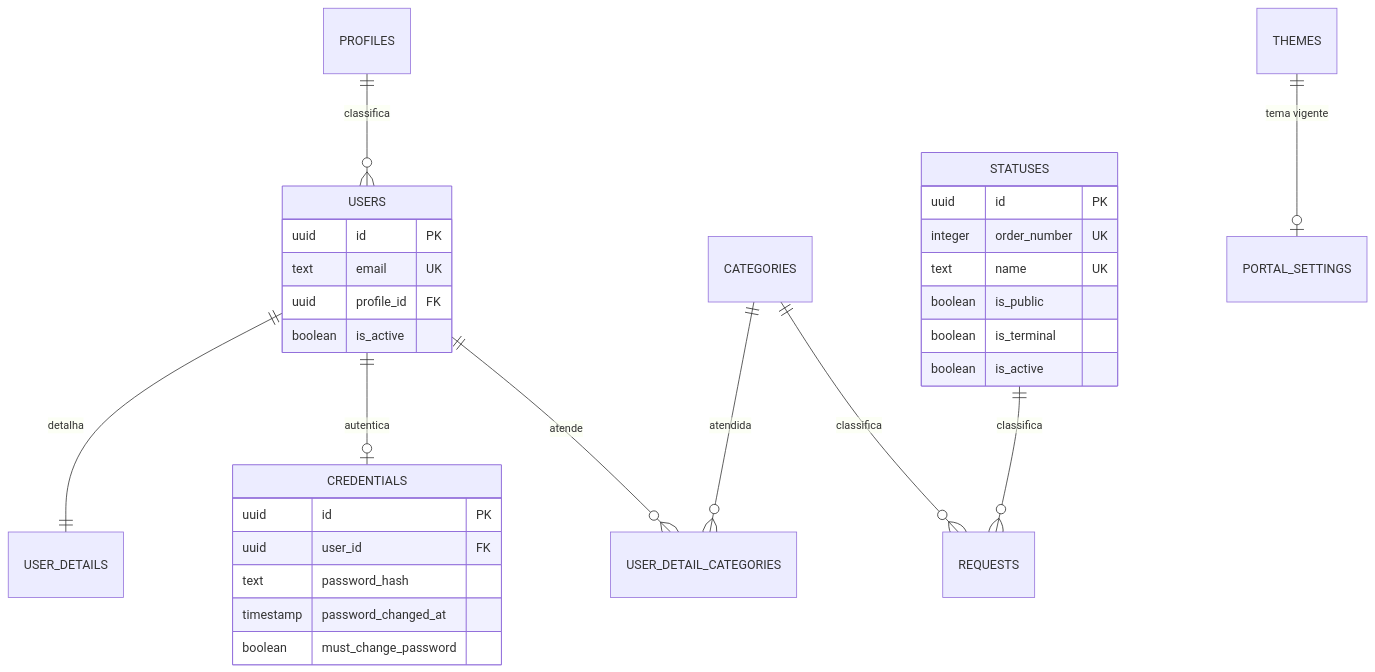
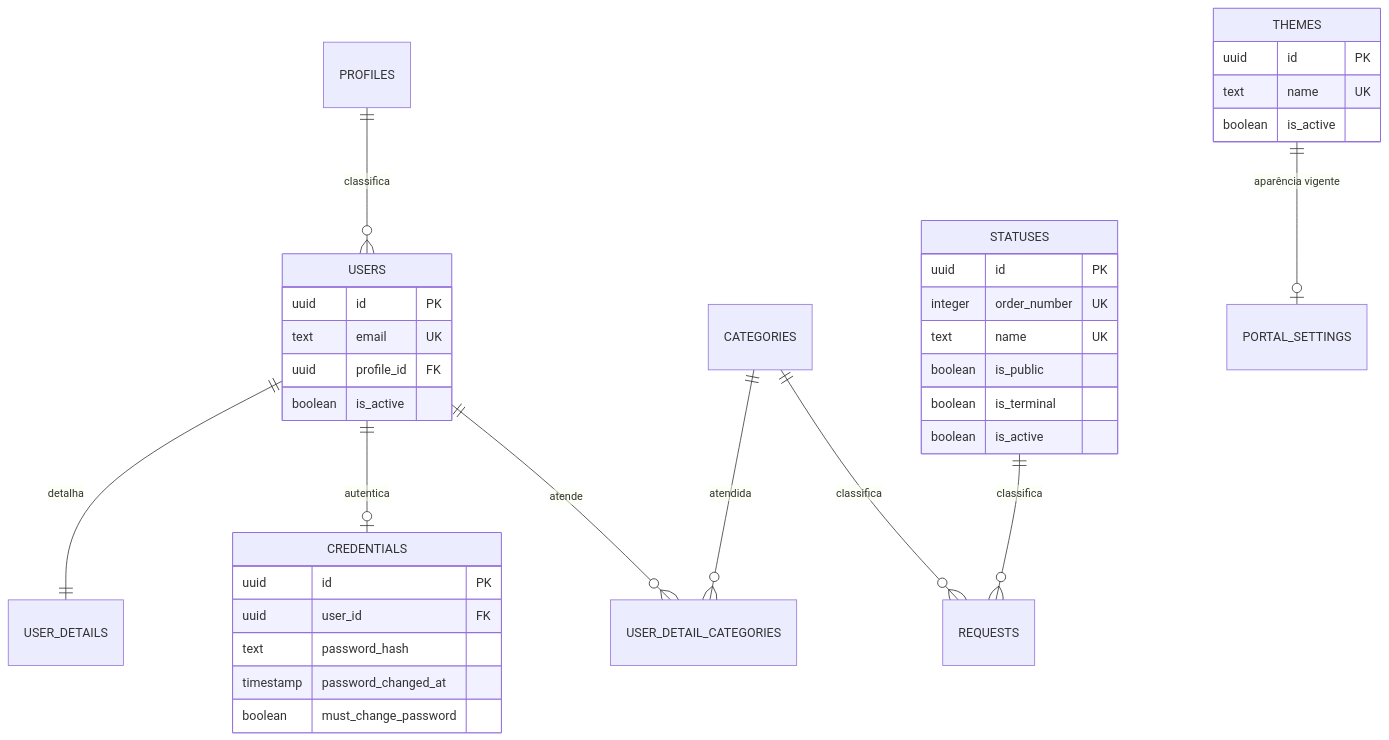
The second of 3 diagrams in docs/03-Data-Model.md (NEO-Kaizen/backend-novo), drawn with Mermaid before and after one commit. The commit also changed other lines of this file and 1 other file, not shown here.

Commit message:
docs(data-model): model themes as entities

````diff
--- a/docs/03-Data-Model.md
+++ b/docs/03-Data-Model.md
@@ -265,33 +268,38 @@
 ```mermaid
 erDiagram
     PROFILES ||--o{ USERS : "classifica"
     USERS ||--|| USER_DETAILS : "detalha"
     USERS ||--o| CREDENTIALS : "autentica"
     USERS ||--o{ USER_DETAIL_CATEGORIES : "atende"
     CATEGORIES ||--o{ USER_DETAIL_CATEGORIES : "atendida"
     STATUSES ||--o{ REQUESTS : "classifica"
     CATEGORIES ||--o{ REQUESTS : "classifica"
-    THEMES ||--o| PORTAL_SETTINGS : "tema vigente"
+    THEMES ||--o| PORTAL_SETTINGS : "aparência vigente"
 
     USERS {
         uuid id PK
         text email UK
         uuid profile_id FK
         boolean is_active
     }
     CREDENTIALS {
         uuid id PK
         uuid user_id FK
         text password_hash
         timestamp password_changed_at
         boolean must_change_password
     }
     STATUSES {
         uuid id PK
         integer order_number UK
         text name UK
         boolean is_public
         boolean is_terminal
         boolean is_active
     }
+    THEMES {
+        uuid id PK
+        text name UK
+        boolean is_active
+    }
 ```
````
